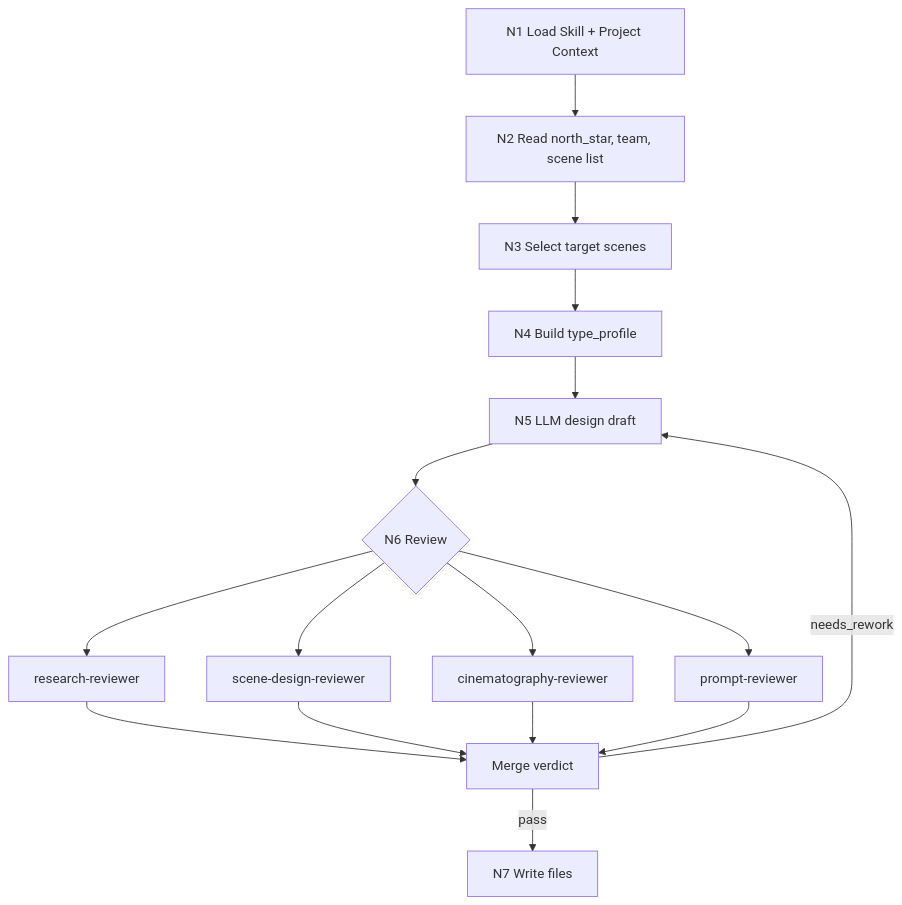
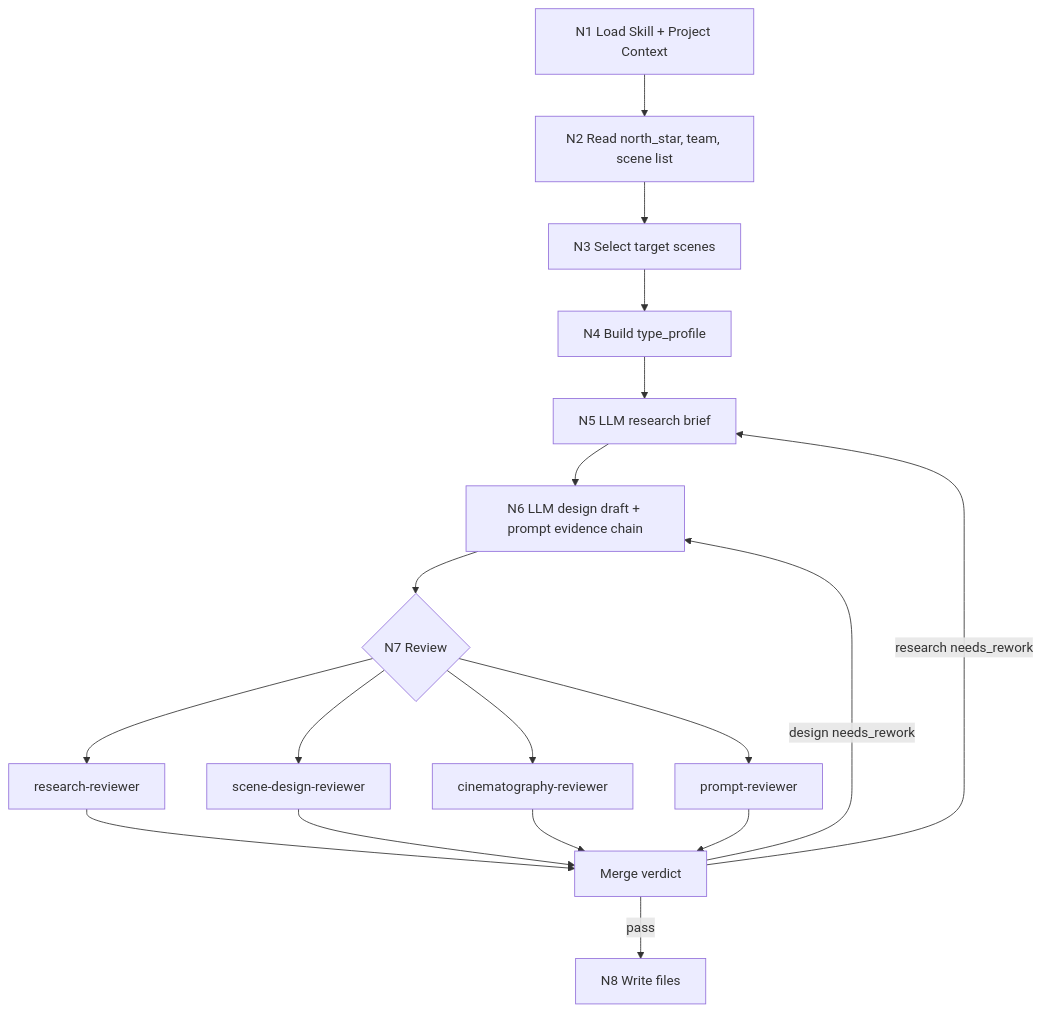
The diagram in .agents/skills/aigc/5-设计/场景/2-设计/steps/scene-design-workflow.md (ZEN-VOID/AI-CUT), drawn with Mermaid before and after one commit. The commit also changed other lines of this file and 526 other files, not shown here.

````diff
--- a/.agents/skills/aigc/5-设计/场景/2-设计/steps/scene-design-workflow.md
+++ b/.agents/skills/aigc/5-设计/场景/2-设计/steps/scene-design-workflow.md
@@ -29,18 +30,20 @@
 ```mermaid
 flowchart TD
     A["N1 Load Skill + Project Context"] --> B["N2 Read north_star, team, scene list"]
     B --> C["N3 Select target scenes"]
     C --> D["N4 Build type_profile"]
-    D --> E["N5 LLM design draft"]
-    E --> F{"N6 Review"}
+    D --> E["N5 LLM research brief"]
+    E --> M["N6 LLM design draft + prompt evidence chain"]
+    M --> F{"N7 Review"}
     F --> G["research-reviewer"]
     F --> H["scene-design-reviewer"]
     F --> I["cinematography-reviewer"]
     F --> J["prompt-reviewer"]
     G --> K["Merge verdict"]
     H --> K
     I --> K
     J --> K
-    K -->|"pass"| L["N7 Write files"]
-    K -->|"needs_rework"| E
+    K -->|"pass"| L["N8 Write files"]
+    K -->|"research needs_rework"| E
+    K -->|"design needs_rework"| M
 ```
````
